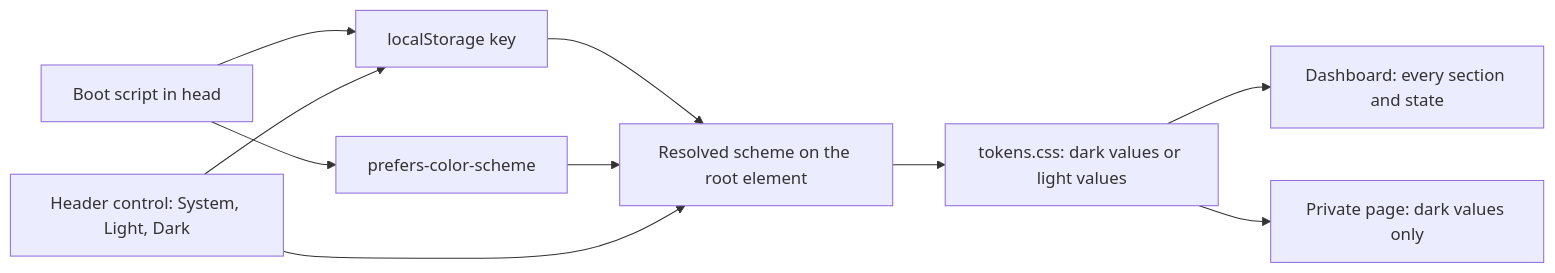
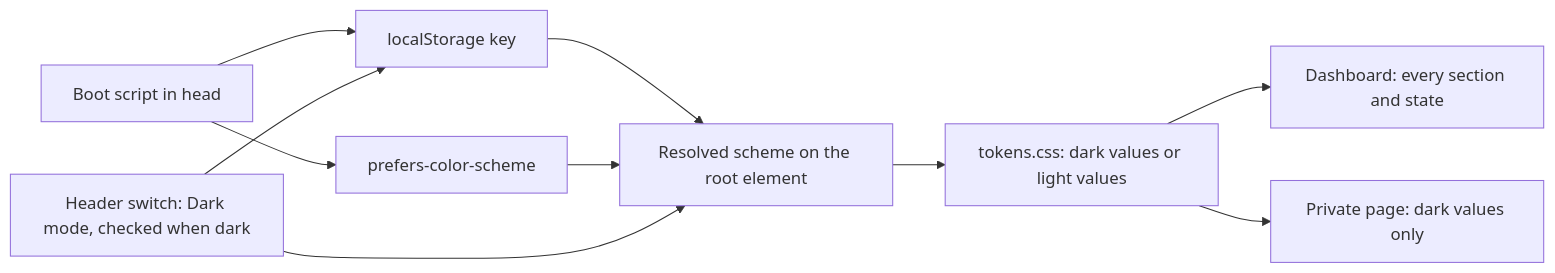
The second of 7 diagrams in docs/cr/CR-0020-light-mode.md (desek/agentloupe), drawn with Mermaid before and after one commit. The commit also changed other lines of this file, not shown here.

Commit message:
docs(cr): CR-0020 describes the scheme switch in every section

````diff
--- a/docs/cr/CR-0020-light-mode.md
+++ b/docs/cr/CR-0020-light-mode.md
@@ -70,12 +70,12 @@
 ```mermaid
 flowchart LR
   B["Boot script in head"] --> K["localStorage key"]
   B --> M["prefers-color-scheme"]
   K --> R["Resolved scheme on the root element"]
   M --> R
   R --> T["tokens.css: dark values or light values"]
   T --> D["Dashboard: every section and state"]
-  C["Header control: System, Light, Dark"] --> K
+  C["Header switch: Dark mode, checked when dark"] --> K
   C --> R
   T --> P["Private page: dark values only"]
 ```
````
